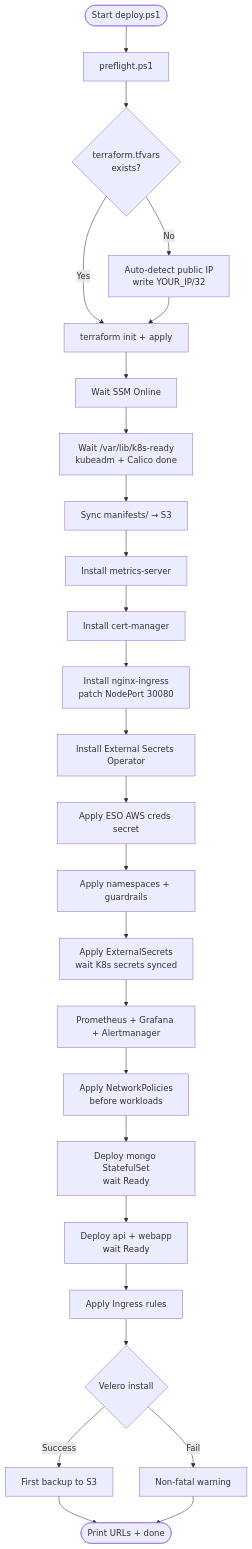
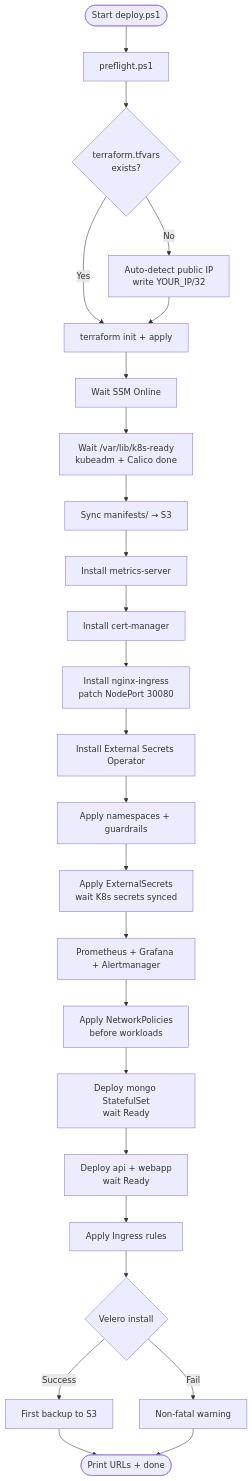
The fourth of 6 diagrams in README.md (sanjeev0120test/k8AWS), drawn with Mermaid before and after one commit. The commit also changed other lines of this file and 5 other files, not shown here.

````diff
--- a/README.md
+++ b/README.md
@@ -567,28 +567,27 @@
 ```mermaid
 flowchart TD
     A([Start deploy.ps1]) --> B[preflight.ps1]
     B --> C{terraform.tfvars<br/>exists?}
     C -->|No| D[Auto-detect public IP<br/>write YOUR_IP/32]
     C -->|Yes| E[terraform init + apply]
     D --> E
     E --> F[Wait SSM Online]
     F --> G[Wait /var/lib/k8s-ready<br/>kubeadm + Calico done]
     G --> H[Sync manifests/ → S3]
     H --> I[Install metrics-server]
     I --> J[Install cert-manager]
     J --> K[Install nginx-ingress<br/>patch NodePort 30080]
     K --> L[Install External Secrets Operator]
-    L --> M[Apply ESO AWS creds secret]
-    M --> N[Apply namespaces + guardrails]
+    L --> N[Apply namespaces + guardrails]
     N --> O[Apply ExternalSecrets<br/>wait K8s secrets synced]
     O --> P[Prometheus + Grafana + Alertmanager]
     P --> Q[Apply NetworkPolicies<br/>before workloads]
     Q --> R[Deploy mongo StatefulSet<br/>wait Ready]
     R --> S[Deploy api + webapp<br/>wait Ready]
     S --> T[Apply Ingress rules]
     T --> U{Velero install}
     U -->|Success| V[First backup to S3]
     U -->|Fail| W[Non-fatal warning]
     V --> X([Print URLs + done])
     W --> X
 ```
````
